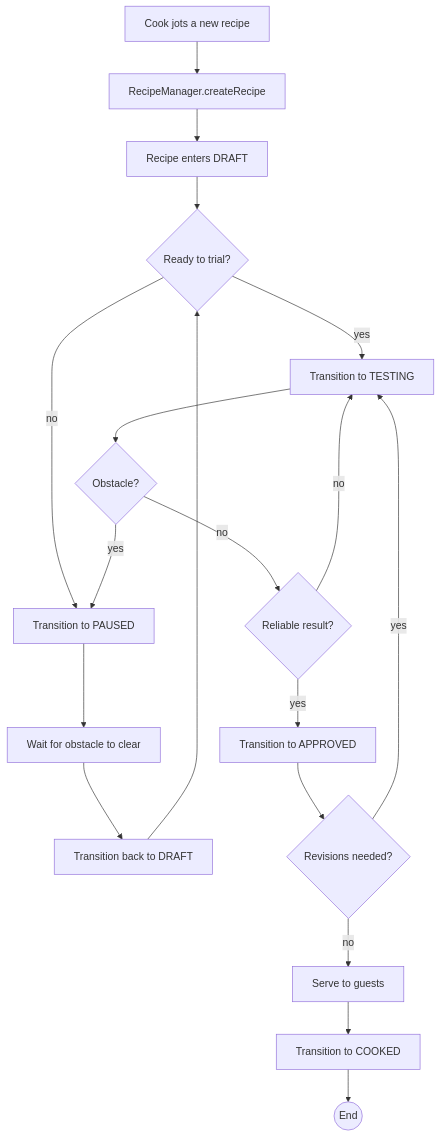
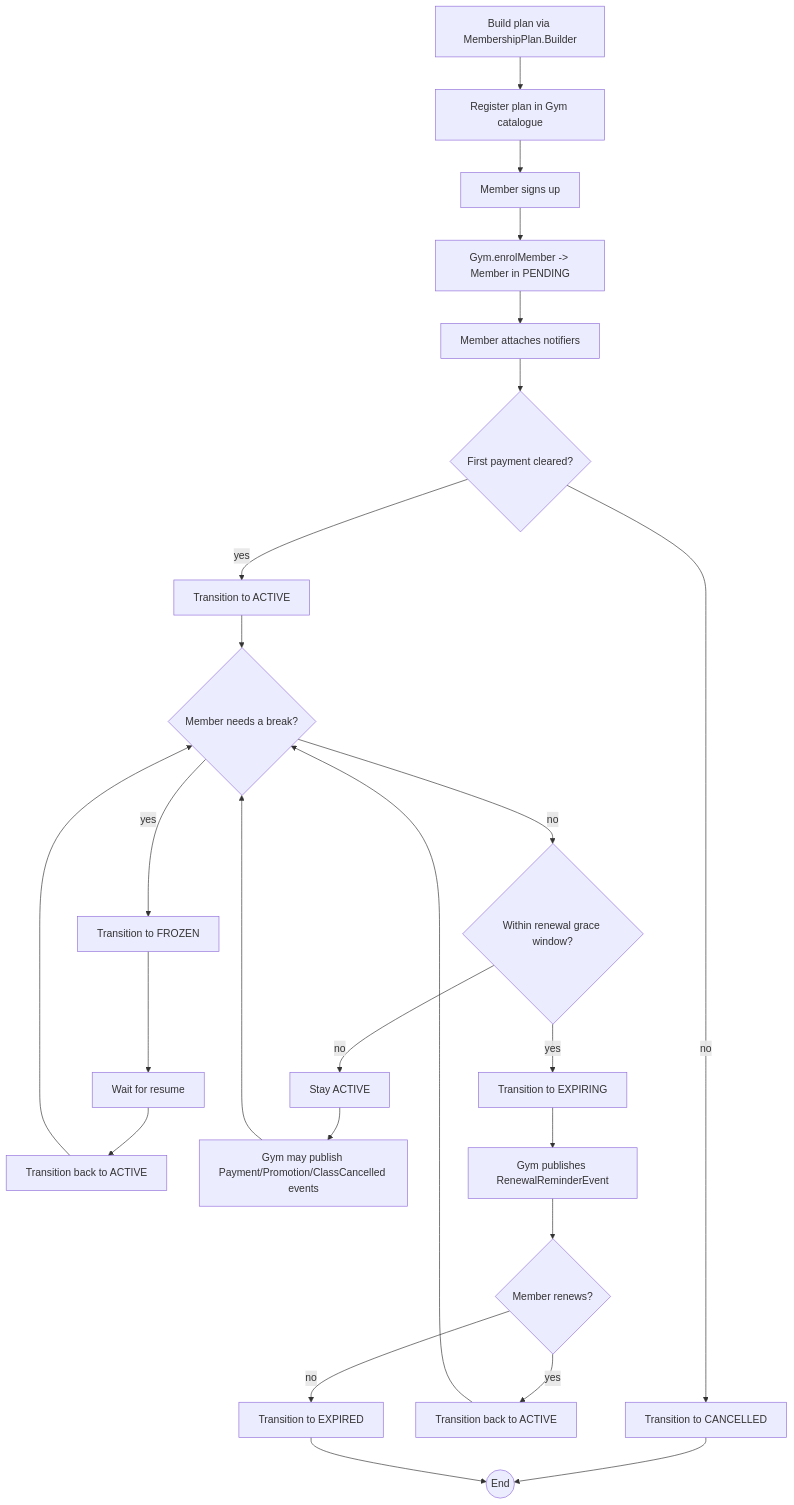
One commit to hoop-ai/gym-membership-management-system changed the diagram in docs/uml/activity/activity-diagram.md. Above: the diagram before and after it, drawn with Mermaid. The commit also changed other lines of this file and 77 other files, not shown here.

````diff
--- a/docs/uml/activity/activity-diagram.md
+++ b/docs/uml/activity/activity-diagram.md
@@ -7,23 +7,32 @@
 ```mermaid
 flowchart TD
-    A[Cook jots a new recipe] --> B[RecipeManager.createRecipe]
-    B --> C[Recipe enters DRAFT]
-    C --> D{Ready to trial?}
+    A[Build plan via MembershipPlan.Builder] --> B[Register plan in Gym catalogue]
+    B --> C[Member signs up]
+    C --> D[Gym.enrolMember -> Member in PENDING]
+    D --> E[Member attaches notifiers]
+    E --> F{First payment cleared?}
 
-    D -- no --> E[Transition to PAUSED]
-    E --> F[Wait for obstacle to clear]
-    F --> G[Transition back to DRAFT]
-    G --> D
+    F -- no  --> X[Transition to CANCELLED]
+    X --> Z((End))
 
-    D -- yes --> H[Transition to TESTING]
-    H --> I{Obstacle?}
-    I -- yes --> E
-    I -- no --> J{Reliable result?}
-    J -- no --> H
-    J -- yes --> K[Transition to APPROVED]
-    K --> L{Revisions needed?}
-    L -- yes --> H
-    L -- no --> M[Serve to guests]
-    M --> N[Transition to COOKED]
-    N --> Z((End))
+    F -- yes --> G[Transition to ACTIVE]
+    G --> H{Member needs a break?}
+
+    H -- yes --> I[Transition to FROZEN]
+    I --> J[Wait for resume]
+    J --> K[Transition back to ACTIVE]
+    K --> H
+
+    H -- no --> L{Within renewal grace window?}
+    L -- no  --> M[Stay ACTIVE]
+    M --> N[Gym may publish Payment/Promotion/ClassCancelled events]
+    N --> H
+
+    L -- yes --> O[Transition to EXPIRING]
+    O --> P[Gym publishes RenewalReminderEvent]
+    P --> Q{Member renews?}
+    Q -- yes --> R[Transition back to ACTIVE]
+    R --> H
+    Q -- no  --> S[Transition to EXPIRED]
+    S --> Z
 ```
````
